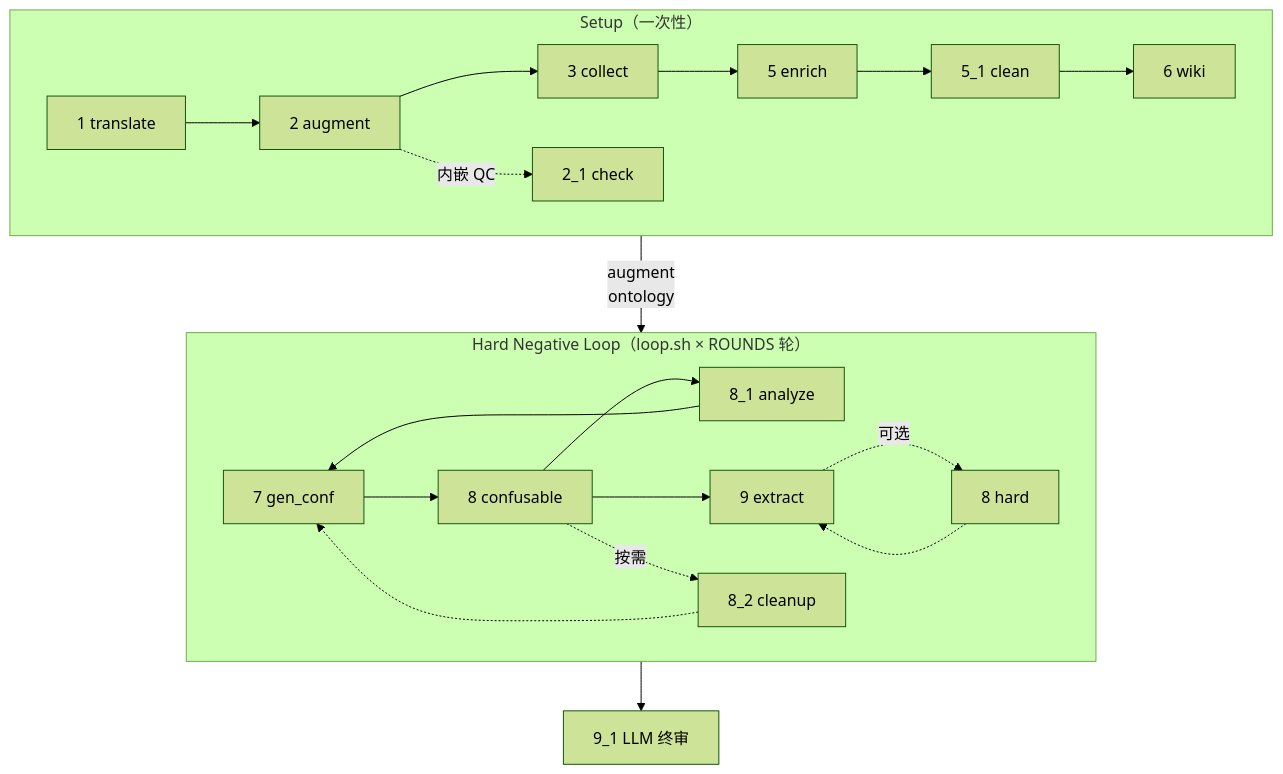
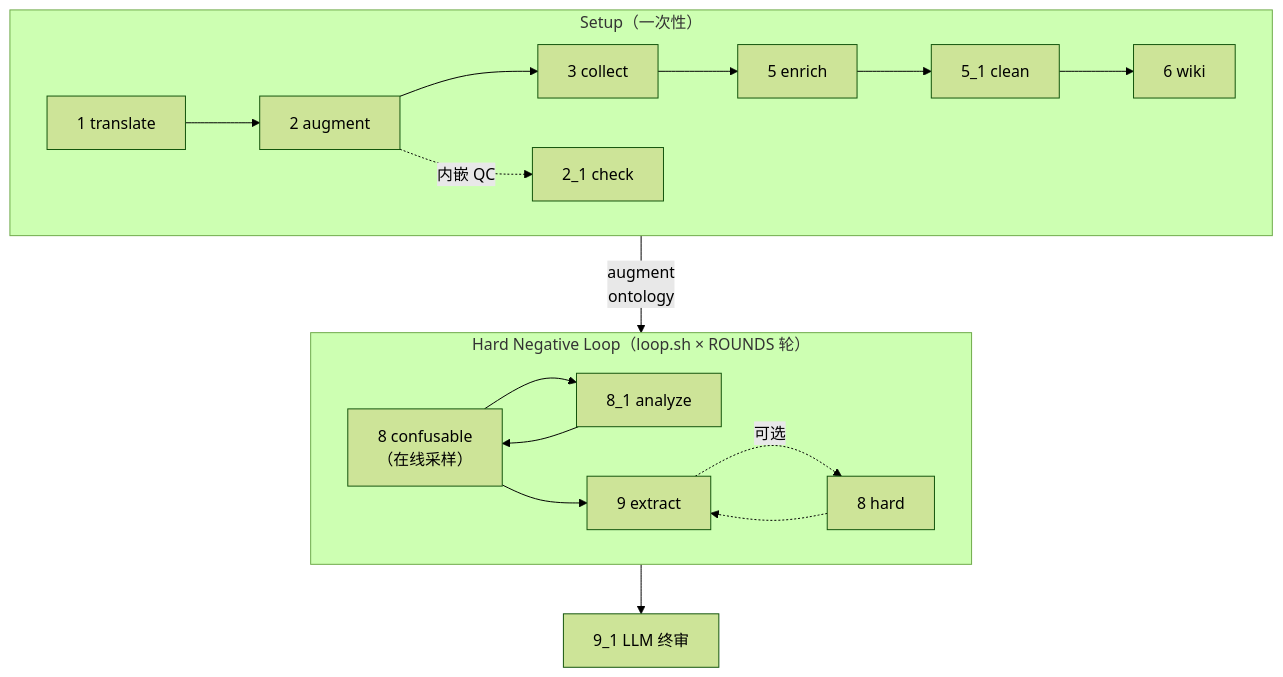
Before and after one commit to Fancomi/sport_ontology: the third of 3 diagrams in tools/PIPELINE.md, drawn with Mermaid (forest theme). The commit also changed other lines of this file and 8 other files, not shown here.

First line of the commit message:
refactor: 抽样完全在线化，删除 7_gen_confusable 与 confusable_xxx 中间文件

````diff
--- a/tools/PIPELINE.md
+++ b/tools/PIPELINE.md
@@ -65,21 +61,20 @@
 ```mermaid
 flowchart TB
     subgraph setup["Setup（一次性）"]
         direction LR
         S1["1 translate"] --> S2["2 augment"] --> S3["3 collect"] --> S5["5 enrich"] --> S51["5_1 clean"] --> S6["6 wiki"]
         S2 -.->|内嵌 QC| S21["2_1 check"]
     end
 
     subgraph loop["Hard Negative Loop（loop.sh × ROUNDS 轮）"]
         direction LR
-        S7["7 gen_conf"] --> S8C["8 confusable"] --> S81["8_1 analyze"] --> S7
+        S8C["8 confusable\n（在线采样）"] --> S81["8_1 analyze"] --> S8C
         S8C --> S9["9 extract"]
-        S8C -.->|按需| S82["8_2 cleanup"] -.-> S7
         S9 -.->|可选| S8H["8 hard"] -.-> S9
     end
 
     S91["9_1 LLM 终审"]
 
     setup -->|"augment\nontology"| loop
     S9 --> S91
 ```
````
